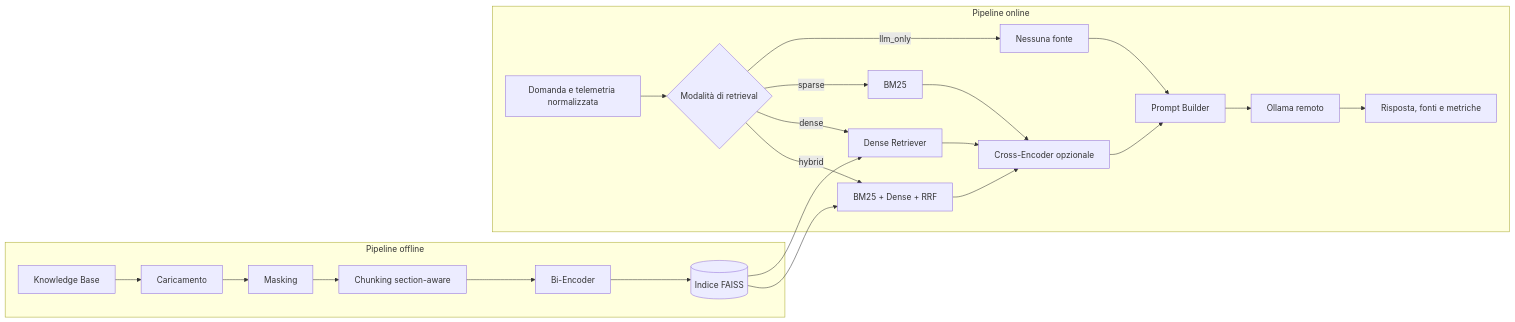
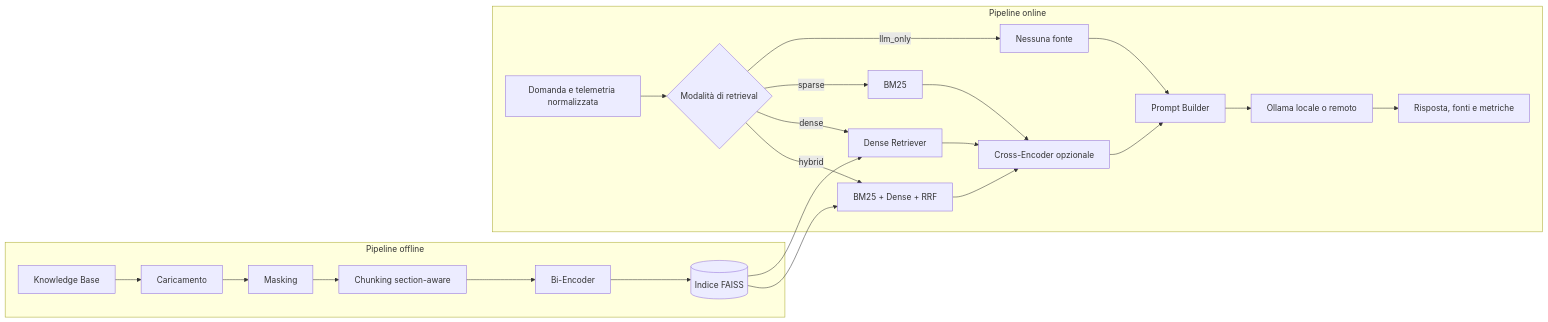
Before and after one commit to cosimomariano/RAG_troubleshooting_assistant: the diagram in README.md, drawn with Mermaid. The commit also changed other lines of this file, not shown here.

````diff
--- a/README.md
+++ b/README.md
@@ -232,27 +289,27 @@
 ```mermaid
 flowchart LR
     subgraph Offline[Pipeline offline]
         KB[Knowledge Base] --> LOAD[Caricamento]
         LOAD --> MASK[Masking]
         MASK --> CHUNK[Chunking section-aware]
         CHUNK --> EMB[Bi-Encoder]
         EMB --> FAISS[(Indice FAISS)]
     end
 
     subgraph Online[Pipeline online]
         REQ[Domanda e telemetria normalizzata] --> RET{Modalità di retrieval}
         RET -->|llm_only| EMPTY[Nessuna fonte]
         RET -->|sparse| BM25[BM25]
         RET -->|dense| DENSE[Dense Retriever]
         RET -->|hybrid| HYBRID[BM25 + Dense + RRF]
         FAISS --> DENSE
         FAISS --> HYBRID
         BM25 --> RERANK[Cross-Encoder opzionale]
         DENSE --> RERANK
         HYBRID --> RERANK
         RERANK --> PROMPT[Prompt Builder]
         EMPTY --> PROMPT
-        PROMPT --> OLLAMA[Ollama remoto]
+        PROMPT --> OLLAMA[Ollama locale o remoto]
         OLLAMA --> RESP[Risposta, fonti e metriche]
     end
 ```
````
